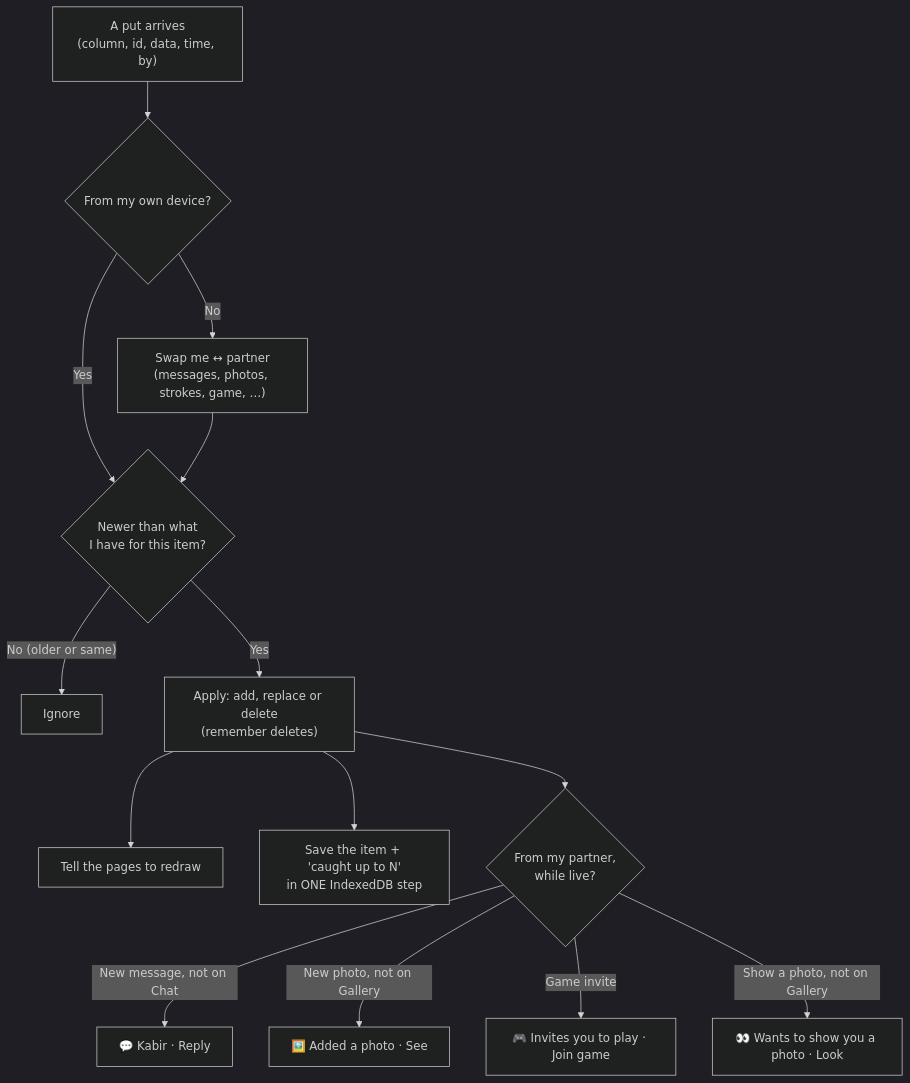
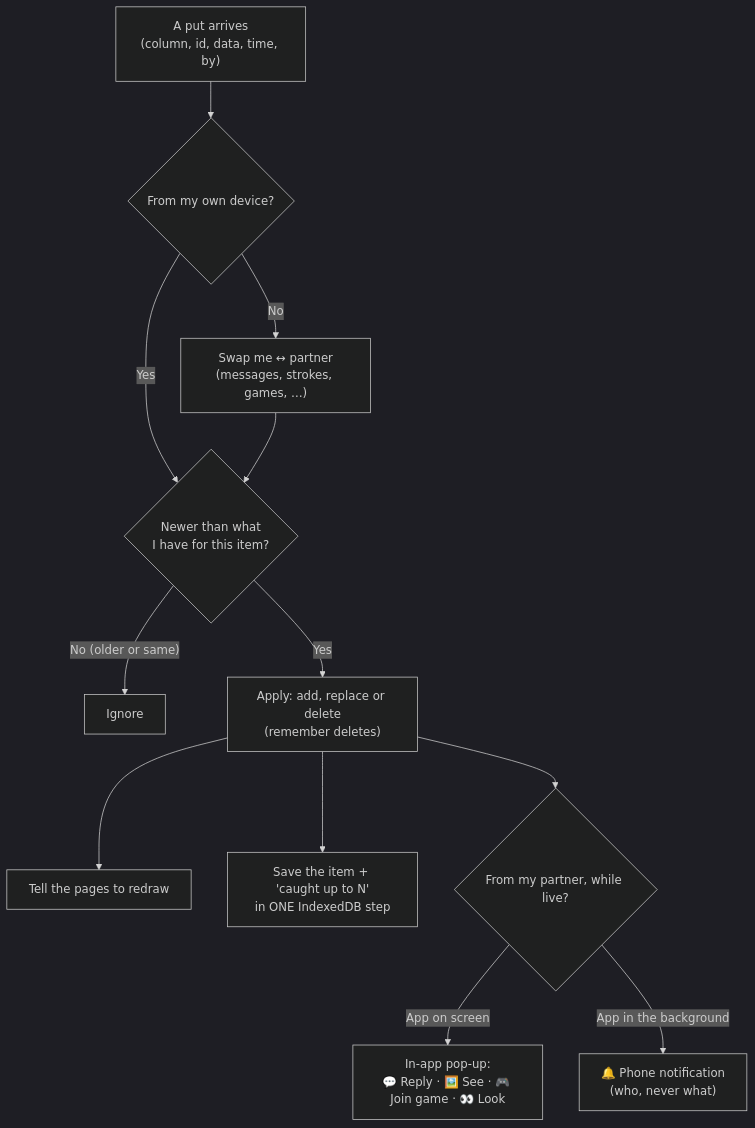
Diagram 11 of 30 in front-end/doc/04-flowcharts.md (silent-coder-dev/private-space), drawn with Mermaid (dark theme) before and after one commit. The commit also changed other lines of this file and 78 other files, not shown here.

````diff
--- a/front-end/doc/04-flowcharts.md
+++ b/front-end/doc/04-flowcharts.md
@@ -238,16 +249,14 @@
 ```mermaid
 flowchart TD
     P["A put arrives<br/>(column, id, data, time, by)"] --> W{"From my own device?"}
-    W -->|"No"| F["Swap me ↔ partner<br/>(messages, photos, strokes, game, …)"]
+    W -->|"No"| F["Swap me ↔ partner<br/>(messages, strokes, games, …)"]
     W -->|"Yes"| N
     F --> N{"Newer than what<br/>I have for this item?"}
     N -->|"No (older or same)"| I["Ignore"]
     N -->|"Yes"| A["Apply: add, replace or delete<br/>(remember deletes)"]
     A --> U["Tell the pages to redraw"]
     A --> S["Save the item + 'caught up to N'<br/>in ONE IndexedDB step"]
-    A --> T{"From my partner,<br/>while live?"}
-    T -->|"New message, not on Chat"| T1["💬 Kabir · Reply"]
-    T -->|"New photo, not on Gallery"| T2["🖼️ Added a photo · See"]
-    T -->|"Game invite"| T3["🎮 Invites you to play · Join game"]
-    T -->|"Show a photo, not on Gallery"| T4["👀 Wants to show you a photo · Look"]
+    A --> T{"From my partner, while live?"}
+    T -->|"App on screen"| T1["In-app pop-up:<br/>💬 Reply · 🖼️ See · 🎮 Join game · 👀 Look"]
+    T -->|"App in the background"| T2["🔔 Phone notification<br/>(who, never what)"]
 ```
````
